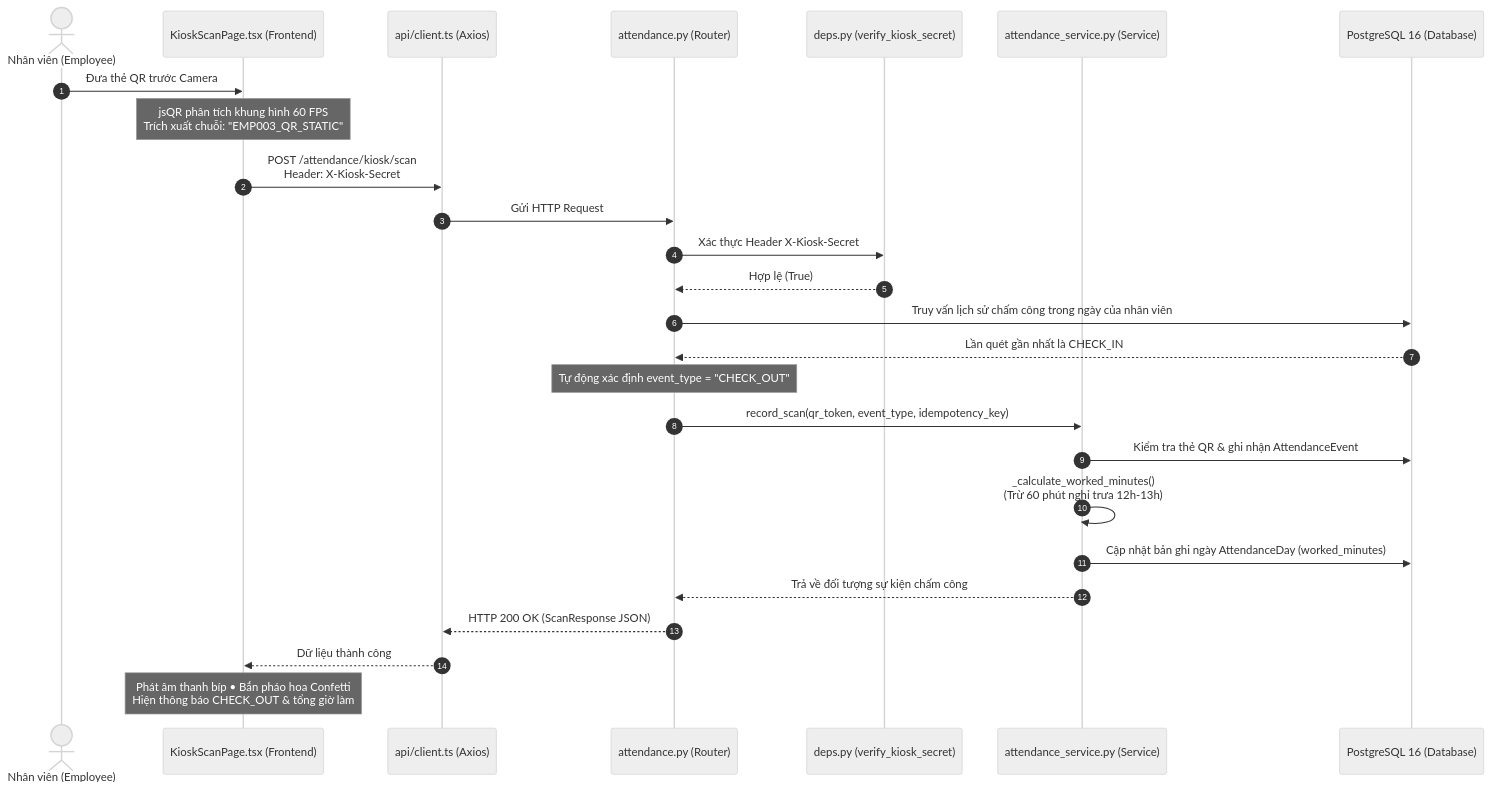
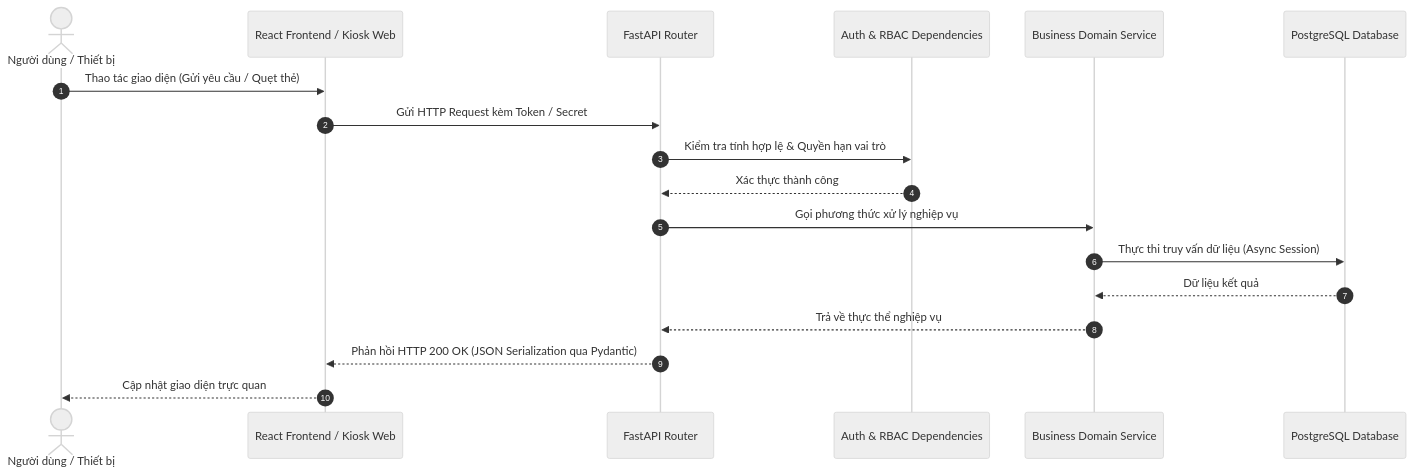
Before and after one commit to duy26ms23415-web/hr-project-msa45hcm-group3: the fourth of 4 diagrams in docs/ARCHITECTURE.md, drawn with Mermaid (neutral theme). The commit also changed other lines of this file and 10 other files, not shown here.

````diff
--- a/docs/ARCHITECTURE.md
+++ b/docs/ARCHITECTURE.md
@@ -444,29 +230,21 @@
 ```mermaid
 sequenceDiagram
     autonumber
-    actor Emp as Nhân viên (Employee)
-    participant Kiosk as KioskScanPage.tsx (Frontend)
-    participant Client as api/client.ts (Axios)
-    participant Router as attendance.py (Router)
-    participant Dep as deps.py (verify_kiosk_secret)
-    participant Service as attendance_service.py (Service)
-    participant DB as PostgreSQL 16 (Database)
+    actor User as Người dùng / Thiết bị
+    participant UI as React Frontend / Kiosk Web
+    participant Router as FastAPI Router
+    participant Auth as Auth & RBAC Dependencies
+    participant Service as Business Domain Service
+    participant DB as PostgreSQL Database
 
-    Emp->>Kiosk: Đưa thẻ QR trước Camera
-    Note over Kiosk: jsQR phân tích khung hình 60 FPS<br/>Trích xuất chuỗi: "EMP003_QR_STATIC"
-    Kiosk->>Client: POST /attendance/kiosk/scan<br/>Header: X-Kiosk-Secret
-    Client->>Router: Gửi HTTP Request
-    Router->>Dep: Xác thực Header X-Kiosk-Secret
-    Dep-->>Router: Hợp lệ (True)
-    Router->>DB: Truy vấn lịch sử chấm công trong ngày của nhân viên
-    DB-->>Router: Lần quét gần nhất là CHECK_IN
-    Note over Router: Tự động xác định event_type = "CHECK_OUT"
-    Router->>Service: record_scan(qr_token, event_type, idempotency_key)
-    Service->>DB: Kiểm tra thẻ QR & ghi nhận AttendanceEvent
-    Service->>Service: _calculate_worked_minutes()<br/>(Trừ 60 phút nghỉ trưa 12h-13h)
-    Service->>DB: Cập nhật bản ghi ngày AttendanceDay (worked_minutes)
-    Service-->>Router: Trả về đối tượng sự kiện chấm công
-    Router-->>Client: HTTP 200 OK (ScanResponse JSON)
-    Client-->>Kiosk: Dữ liệu thành công
-    Note over Kiosk: Phát âm thanh bíp • Bắn pháo hoa Confetti<br/>Hiện thông báo CHECK_OUT & tổng giờ làm
+    User->>UI: Thao tác giao diện (Gửi yêu cầu / Quẹt thẻ)
+    UI->>Router: Gửi HTTP Request kèm Token / Secret
+    Router->>Auth: Kiểm tra tính hợp lệ & Quyền hạn vai trò
+    Auth-->>Router: Xác thực thành công
+    Router->>Service: Gọi phương thức xử lý nghiệp vụ
+    Service->>DB: Thực thi truy vấn dữ liệu (Async Session)
+    DB-->>Service: Dữ liệu kết quả
+    Service-->>Router: Trả về thực thể nghiệp vụ
+    Router-->>UI: Phản hồi HTTP 200 OK (JSON Serialization qua Pydantic)
+    UI-->>User: Cập nhật giao diện trực quan
 ```
````
